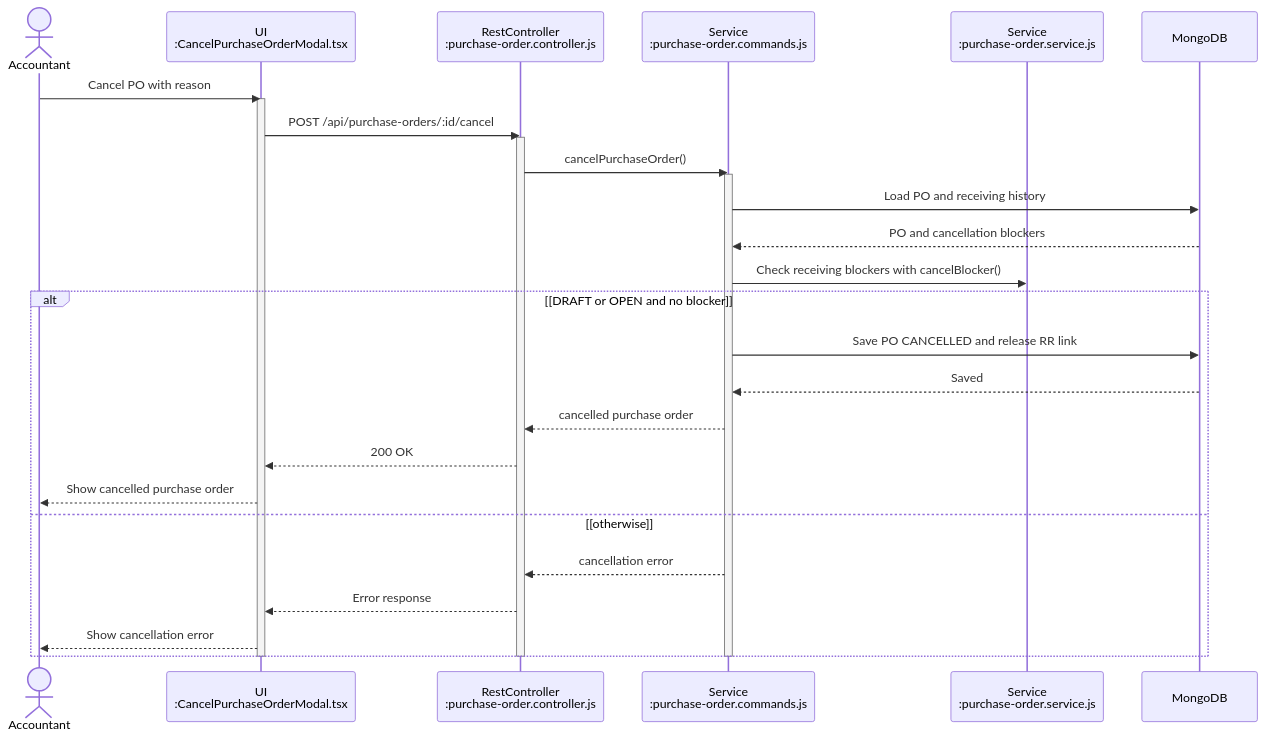
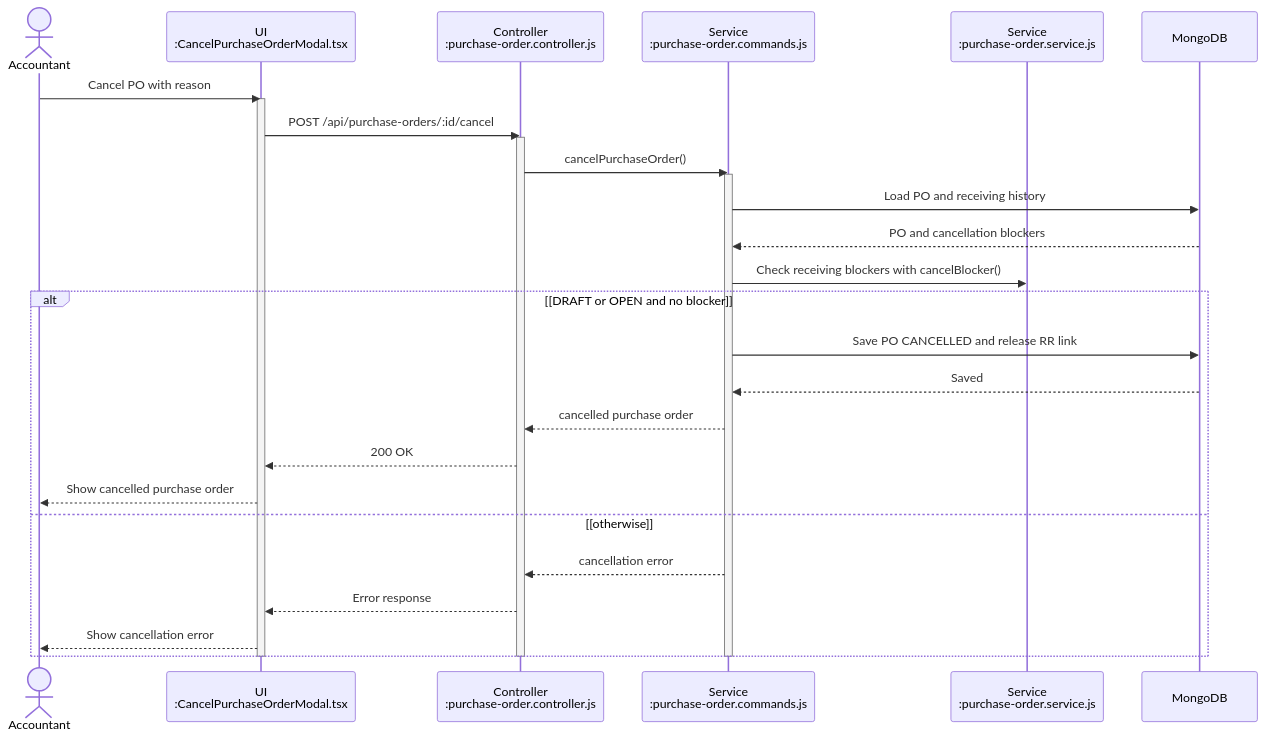
Diagram 15 of 46 in git_doc/docs/01_bao_cao/WMSD_Report4_Draft.md (bupbalabup/wmsd_be), drawn with Mermaid before and after one commit. The commit also changed other lines of this file and 6 other files, not shown here.

First line of the commit message:
feat: update WMSD_BF01_Diagrams_Review to reflect 26 diagrams and enhance clarity on Purchase Receipt processes

````diff
--- a/git_doc/docs/01_bao_cao/WMSD_Report4_Draft.md
+++ b/git_doc/docs/01_bao_cao/WMSD_Report4_Draft.md
@@ -1056,32 +1056,32 @@
 ```mermaid
 sequenceDiagram
   actor X as Accountant
   participant U as UI<br/>:CancelPurchaseOrderModal.tsx
-  participant A as RestController<br/>:purchase-order.controller.js
+  participant A as Controller<br/>:purchase-order.controller.js
   participant S as Service<br/>:purchase-order.commands.js
   participant T as Service<br/>:purchase-order.service.js
   participant D as MongoDB
   X->>U: Cancel PO with reason
   activate U
   U->>A: POST /api/purchase-orders/:id/cancel
   activate A
   A->>S: cancelPurchaseOrder()
   activate S
   S->>D: Load PO and receiving history
   D-->>S: PO and cancellation blockers
   S->>T: Check receiving blockers with cancelBlocker()
   alt [DRAFT or OPEN and no blocker]
     S->>D: Save PO CANCELLED and release RR link
     D-->>S: Saved
     S-->>A: cancelled purchase order
     A-->>U: 200 OK
     U-->>X: Show cancelled purchase order
   else [otherwise]
     S-->>A: cancellation error
     A-->>U: Error response
     U-->>X: Show cancellation error
   end
   deactivate S
   deactivate A
   deactivate U
 ```
````
